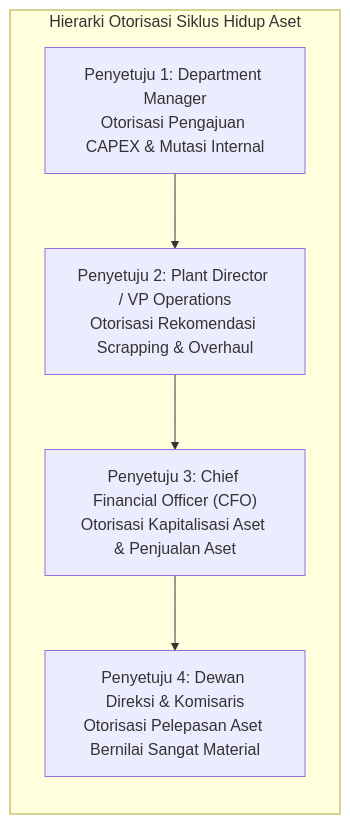
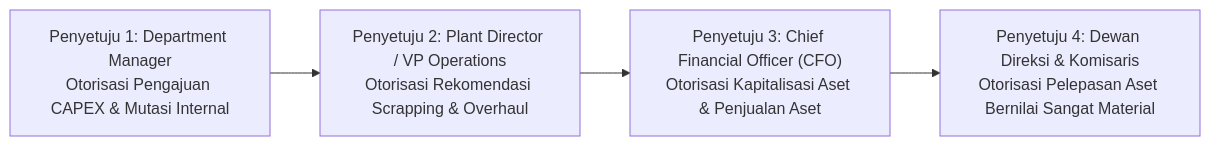
The second of 2 diagrams in content/08-assets/asset-controls-and-governance.md (alimurrofid/erp-notes), drawn with Mermaid before and after one commit. The commit also changed other lines of this file and 58 other files, not shown here.

Commit message:
fix(content):Mermaid Subgraph

````diff
--- a/content/08-assets/asset-controls-and-governance.md
+++ b/content/08-assets/asset-controls-and-governance.md
@@ -49,10 +47,8 @@
 ```mermaid
 graph LR
-    subgraph ApprovalTiers["Hierarki Otorisasi Siklus Hidup Aset"]
         T1["Penyetuju 1: Department Manager<br/>Otorisasi Pengajuan CAPEX & Mutasi Internal"]
         T2["Penyetuju 2: Plant Director / VP Operations<br/>Otorisasi Rekomendasi Scrapping & Overhaul"]
         T3["Penyetuju 3: Chief Financial Officer (CFO)<br/>Otorisasi Kapitalisasi Aset & Penjualan Aset"]
         T4["Penyetuju 4: Dewan Direksi & Komisaris<br/>Otorisasi Pelepasan Aset Bernilai Sangat Material"]
-    end
     T1 --> T2 --> T3 --> T4
 ```
````
